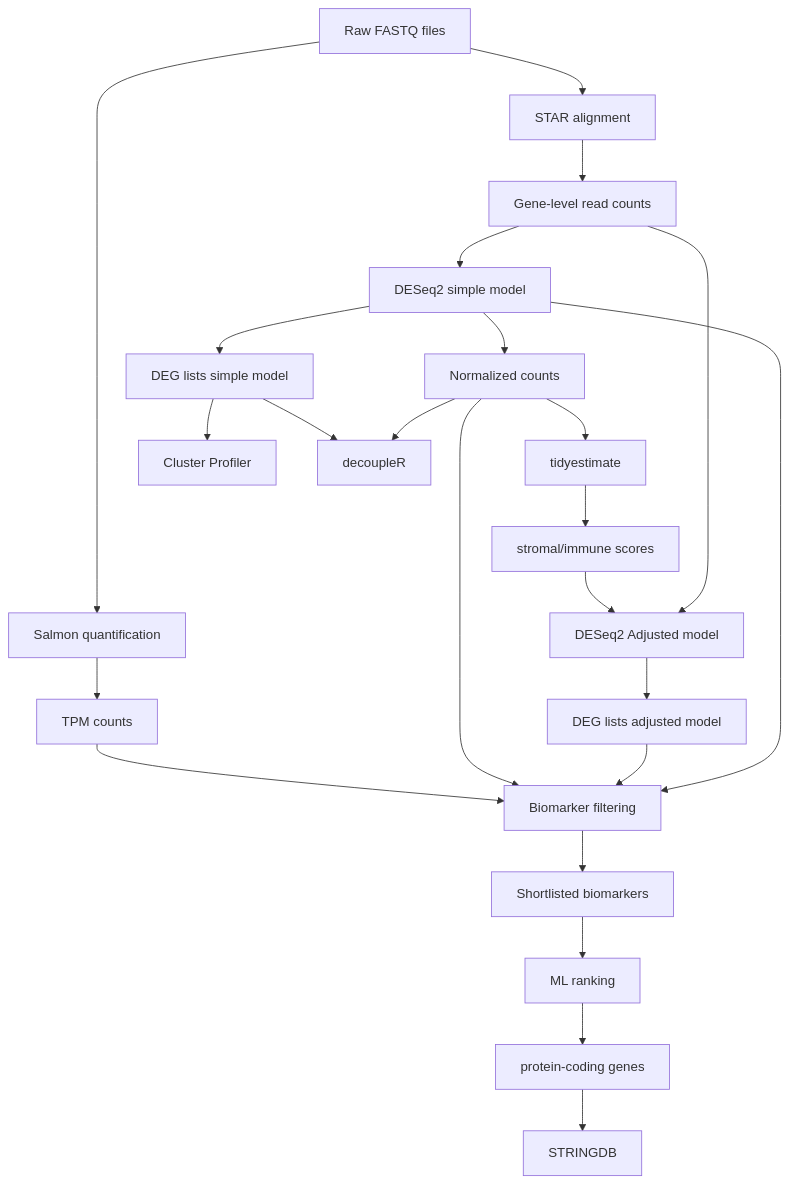
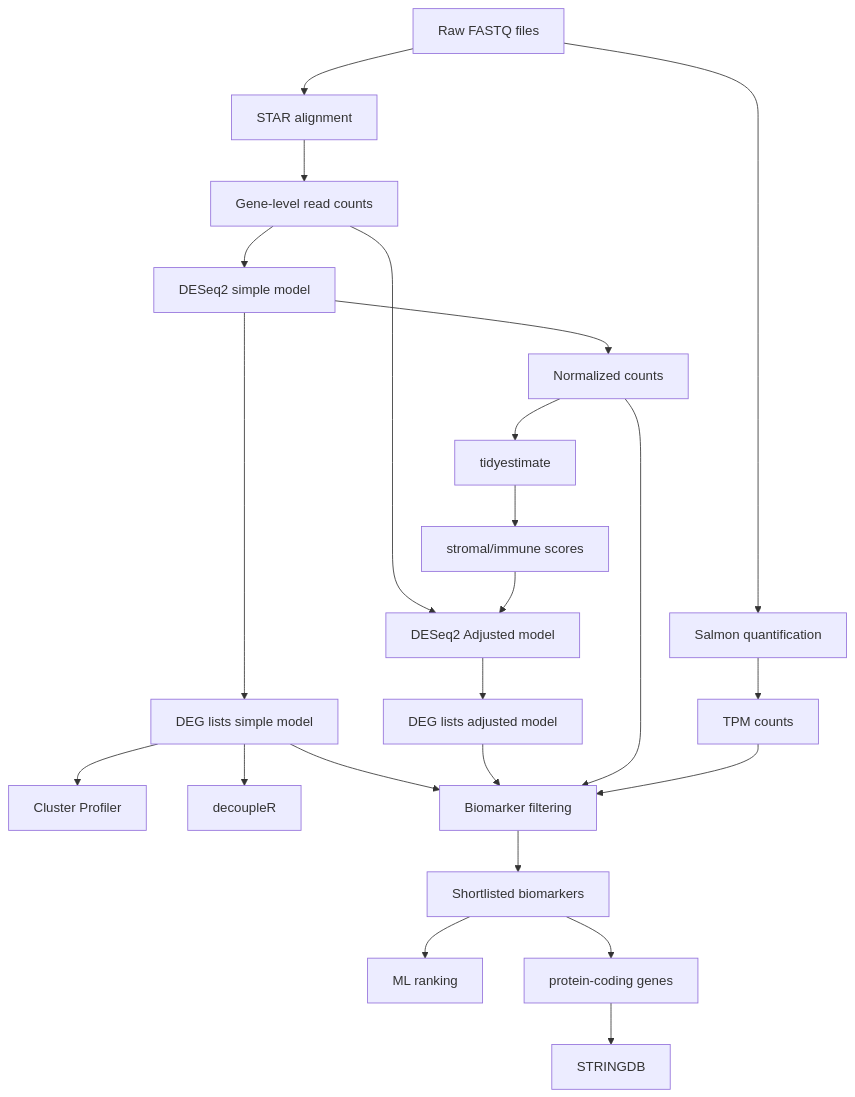
The diagram in README.md (tudumanne/BulkRNAseq_Barretts), drawn with Mermaid before and after one commit.

Commit message:
Updated main workflow diagram

````diff
--- a/README.md
+++ b/README.md
@@ -15,26 +15,25 @@
 ``` mermaid
 graph TD; 
     A[Raw FASTQ files]-->B[STAR alignment];
     A-->C[Salmon quantification];
     B-->D[Gene-level read counts];
     D-->E[DESeq2 simple model];
     E-->F[Normalized counts];
     E-->G[DEG lists simple model];
     F-->H[tidyestimate];
     H-->I[stromal/immune scores];
     D-->J[DESeq2 Adjusted model];
     I-->J
     J-->K[DEG lists adjusted model];
     G-->L[Cluster Profiler];
-    F-->M[decoupleR]; 
-    G-->M;
+    G-->M[decoupleR]; 
     C-->N[TPM counts];
-    E-->O[Biomarker filtering];
+    G-->O[Biomarker filtering];
     K-->O;
     F-->O;
     N-->O;
     O-->P[Shortlisted biomarkers]
     P-->Q[ML ranking];
-    Q-->R[protein-coding genes]
+    P-->R[protein-coding genes]
     R-->S[STRINGDB];
 ```
````
